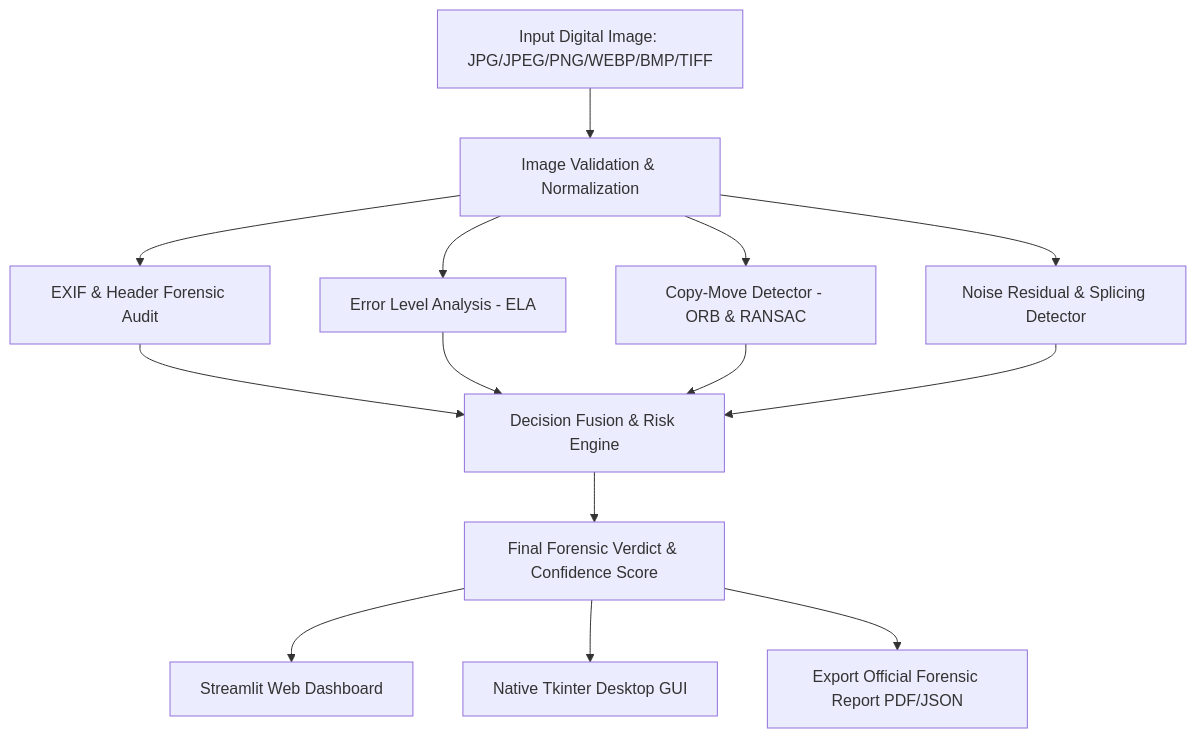
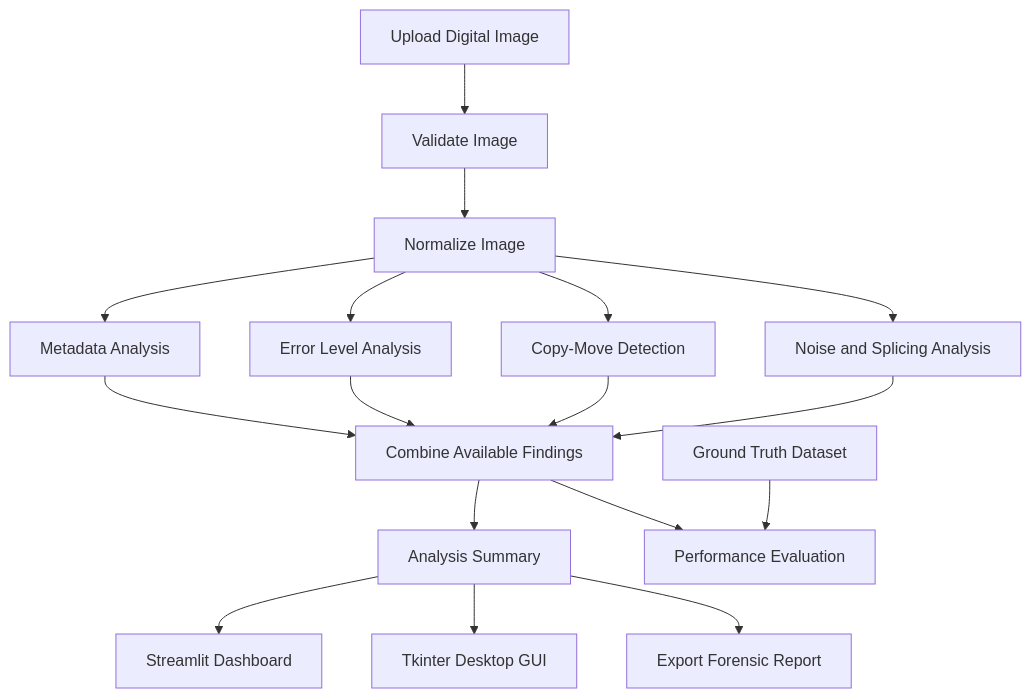
Before and after one commit to LavanyaNenavath/image-forensic-analyzer-: the diagram in README.md, drawn with Mermaid. The commit also changed other lines of this file, not shown here.

````diff
--- a/README.md
+++ b/README.md
@@ -25,18 +58,19 @@
 ```mermaid
-graph TD
-    A[Input Digital Image: JPG/JPEG/PNG/WEBP/BMP/TIFF] --> B[Image Validation & Normalization]
-    B --> C[EXIF & Header Forensic Audit]
-    B --> D[Error Level Analysis - ELA]
-    B --> E[Copy-Move Detector - ORB & RANSAC]
-    B --> F[Noise Residual & Splicing Detector]
-    
-    C --> G[Decision Fusion & Risk Engine]
-    D --> G
-    E --> G
-    F --> G
-    
-    G --> H[Final Forensic Verdict & Confidence Score]
-    H --> I[Streamlit Web Dashboard]
-    H --> J[Native Tkinter Desktop GUI]
-    H --> K[Export Official Forensic Report PDF/JSON]
+flowchart TD
+    A[Upload Digital Image] --> B[Validate Image]
+    B --> C[Normalize Image]
+    C --> D[Metadata Analysis]
+    C --> E[Error Level Analysis]
+    C --> F[Copy-Move Detection]
+    C --> G[Noise and Splicing Analysis]
+    D --> H[Combine Available Findings]
+    E --> H
+    F --> H
+    G --> H
+    H --> I[Analysis Summary]
+    I --> J[Streamlit Dashboard]
+    I --> K[Tkinter Desktop GUI]
+    I --> L[Export Forensic Report]
+    M[Ground Truth Dataset] --> N[Performance Evaluation]
+    H --> N
 ```
````
